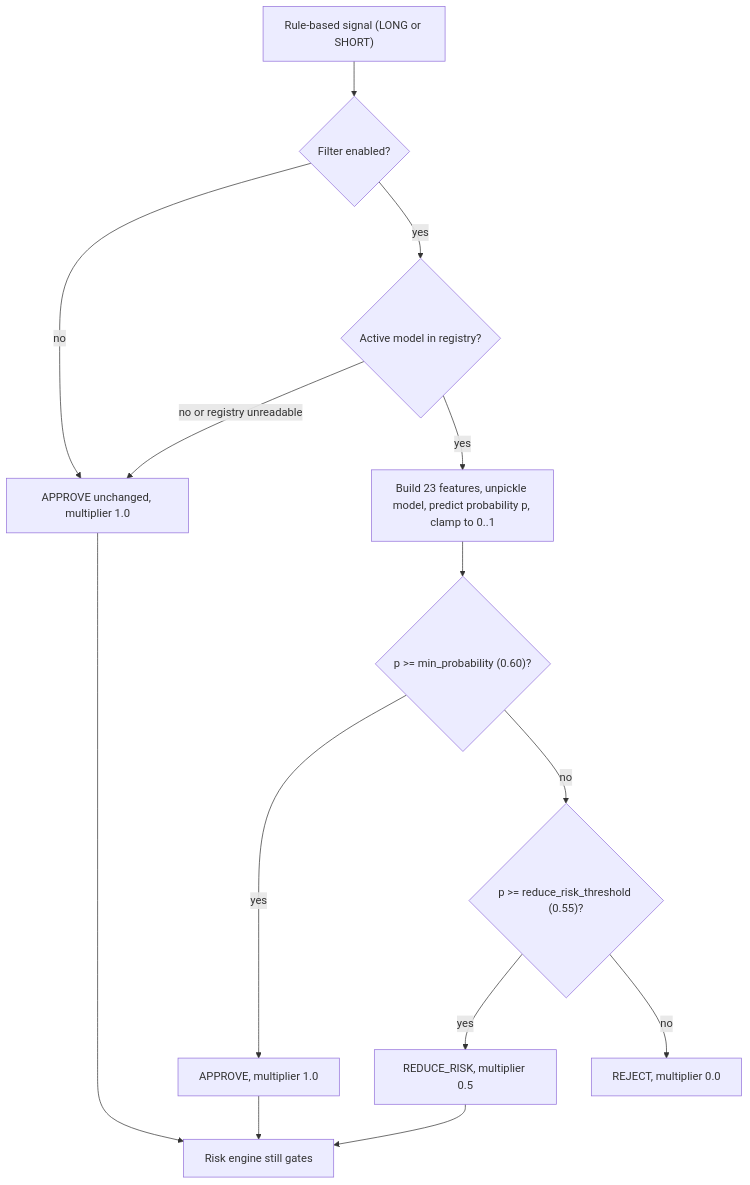
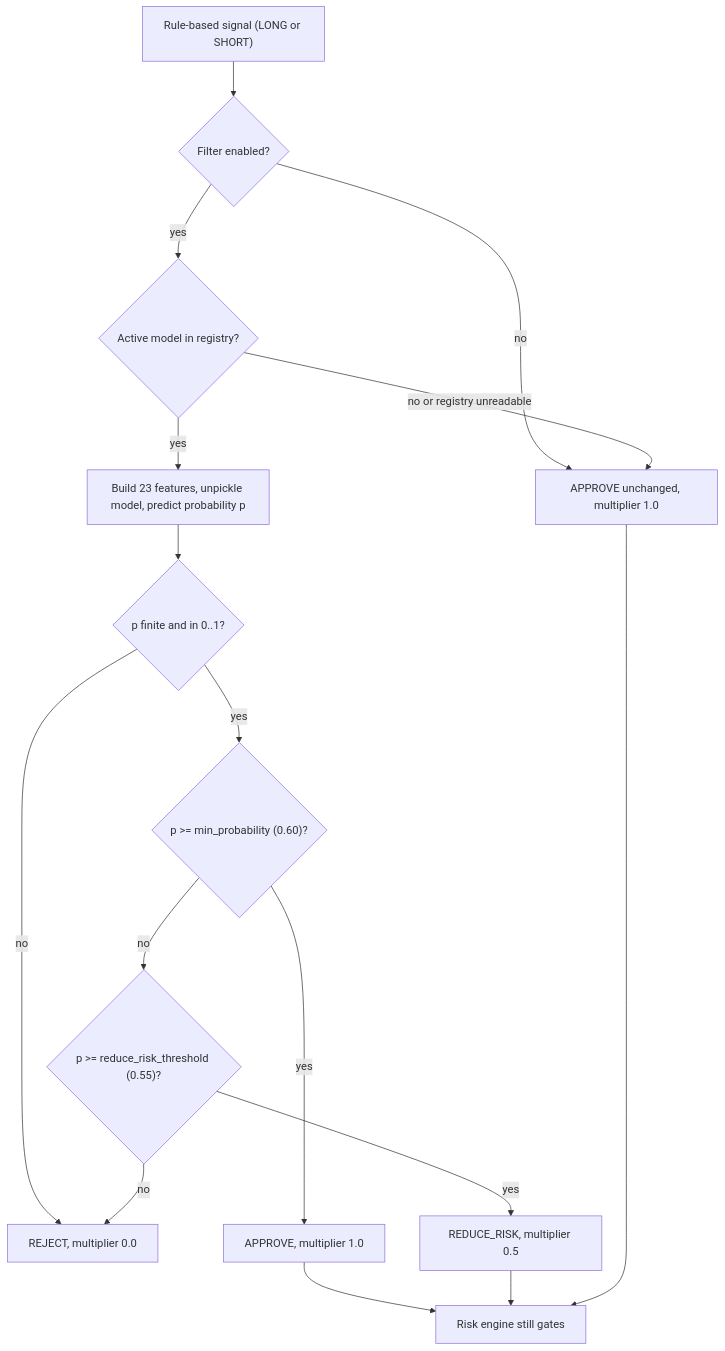
The diagram in MODEL_CARD.md (ceezey/SILVR), drawn with Mermaid before and after one commit. The commit also changed other lines of this file and 27 other files, not shown here.

````diff
--- a/MODEL_CARD.md
+++ b/MODEL_CARD.md
@@ -23,16 +23,18 @@
 ```mermaid
 flowchart TD
     A["Rule-based signal (LONG or SHORT)"] --> B{"Filter enabled?"}
     B -- "no" --> C["APPROVE unchanged, multiplier 1.0"]
     B -- "yes" --> D{"Active model in registry?"}
     D -- "no or registry unreadable" --> C
-    D -- "yes" --> E["Build 23 features, unpickle model, predict probability p, clamp to 0..1"]
-    E --> F{"p >= min_probability (0.60)?"}
+    D -- "yes" --> E["Build 23 features, unpickle model, predict probability p"]
+    E --> V{"p finite and in 0..1?"}
+    V -- "no" --> J
+    V -- "yes" --> F{"p >= min_probability (0.60)?"}
     F -- "yes" --> G["APPROVE, multiplier 1.0"]
     F -- "no" --> H{"p >= reduce_risk_threshold (0.55)?"}
     H -- "yes" --> I["REDUCE_RISK, multiplier 0.5"]
     H -- "no" --> J["REJECT, multiplier 0.0"]
     G --> K["Risk engine still gates"]
     I --> K
     C --> K
 ```
````
